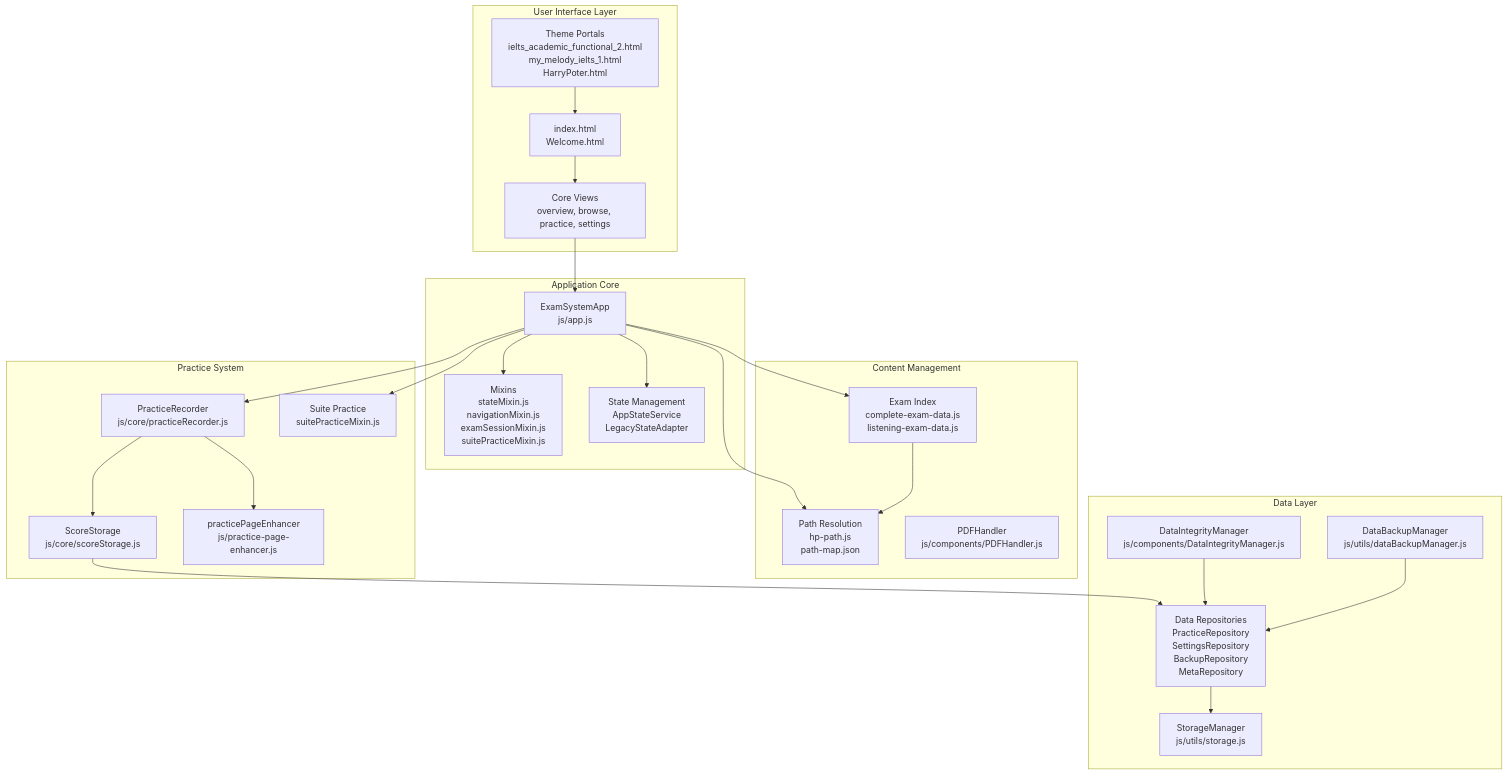
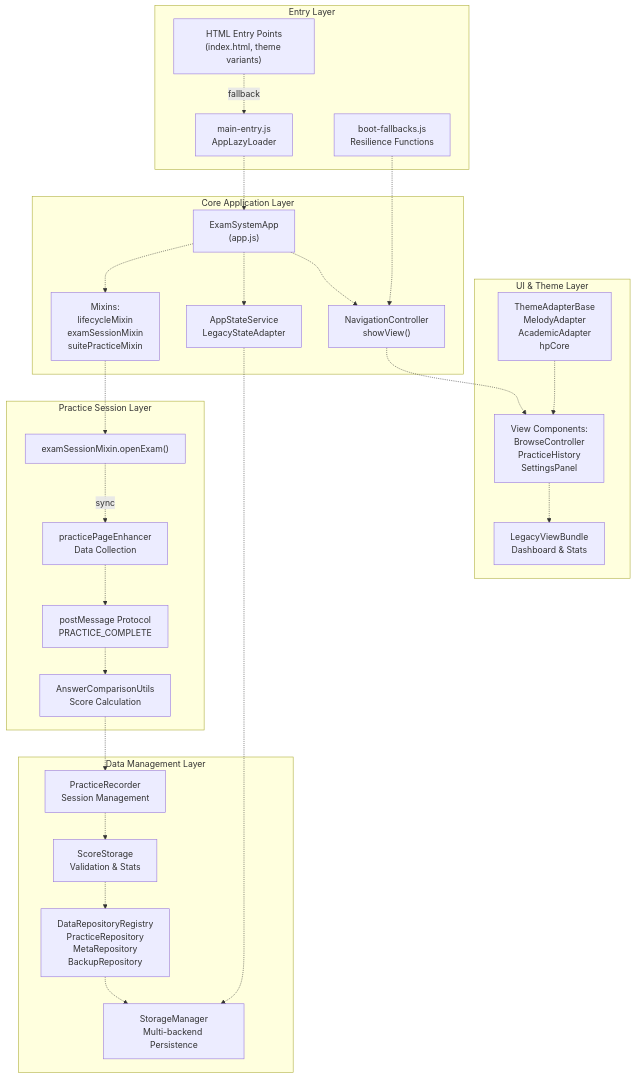
Before and after one commit to sallowayma-git/IELTS-practice: the first of 6 diagrams in developer/doc/Wiki/IELTS-Practice-System-Overview.md, drawn with Mermaid. The commit also changed other lines of this file and 84 other files, not shown here.

````diff
--- a/developer/doc/Wiki/IELTS-Practice-System-Overview.md
+++ b/developer/doc/Wiki/IELTS-Practice-System-Overview.md
@@ -51,70 +56,74 @@
 ```mermaid
 flowchart TD
 
-THEMES["Theme Portals<br>ielts_academic_functional_2.html<br>my_melody_ielts_1.html<br>HarryPoter.html"]
-MAIN["index.html<br>Welcome.html"]
-VIEWS["Core Views<br>overview, browse, practice, settings"]
-ESA["ExamSystemApp<br>js/app.js"]
-MIXINS["Mixins<br>stateMixin.js<br>navigationMixin.js<br>examSessionMixin.js<br>suitePracticeMixin.js"]
-STATE["State Management<br>AppStateService<br>LegacyStateAdapter"]
-RECORDER["PracticeRecorder<br>js/core/practiceRecorder.js"]
-SCORER["ScoreStorage<br>js/core/scoreStorage.js"]
-ENHANCER["practicePageEnhancer<br>js/practice-page-enhancer.js"]
-SUITE["Suite Practice<br>suitePracticeMixin.js"]
-REPOS["Data Repositories<br>PracticeRepository<br>SettingsRepository<br>BackupRepository<br>MetaRepository"]
-STORAGE["StorageManager<br>js/utils/storage.js"]
-INTEGRITY["DataIntegrityManager<br>js/components/DataIntegrityManager.js"]
-BACKUP["DataBackupManager<br>js/utils/dataBackupManager.js"]
-EXAMINDEX["Exam Index<br>complete-exam-data.js<br>listening-exam-data.js"]
-PATHSYS["Path Resolution<br>hp-path.js<br>path-map.json"]
-PDFH["PDFHandler<br>js/components/PDFHandler.js"]
+HTML["HTML Entry Points<br>(index.html, theme variants)"]
+MainEntry["main-entry.js<br>AppLazyLoader"]
+BootFallback["boot-fallbacks.js<br>Resilience Functions"]
+App["ExamSystemApp<br>(app.js)"]
+Mixins["Mixins:<br>lifecycleMixin<br>examSessionMixin<br>suitePracticeMixin"]
+StateService["AppStateService<br>LegacyStateAdapter"]
+Navigation["NavigationController<br>showView()"]
+PracticeRecorder["PracticeRecorder<br>Session Management"]
+ScoreStorage["ScoreStorage<br>Validation & Stats"]
+StorageManager["StorageManager<br>Multi-backend Persistence"]
+Repositories["DataRepositoryRegistry<br>PracticeRepository<br>MetaRepository<br>BackupRepository"]
+ExamSession["examSessionMixin.openExam()"]
+Enhancer["practicePageEnhancer<br>Data Collection"]
+PostMessage["postMessage Protocol<br>PRACTICE_COMPLETE"]
+AnswerComp["AnswerComparisonUtils<br>Score Calculation"]
+Themes["ThemeAdapterBase<br>MelodyAdapter<br>AcademicAdapter<br>hpCore"]
+Views["View Components:<br>BrowseController<br>PracticeHistory<br>SettingsPanel"]
+LegacyBundle["LegacyViewBundle<br>Dashboard & Stats"]
 
-VIEWS --> ESA
-ESA --> RECORDER
-ESA --> SUITE
-SCORER --> REPOS
-ESA --> EXAMINDEX
-ESA --> PATHSYS
+MainEntry -.-> App
+BootFallback -.-> Navigation
+Mixins -.-> ExamSession
+AnswerComp -.-> PracticeRecorder
+Navigation -.-> Views
+StateService -.-> StorageManager
 
-subgraph CONTENT ["Content Management"]
-    EXAMINDEX
-    PATHSYS
-    PDFH
-    EXAMINDEX --> PATHSYS
+subgraph UI ["UI & Theme Layer"]
+    Themes
+    Views
+    LegacyBundle
+    Themes -.-> Views
+    Views -.-> LegacyBundle
 end
 
-subgraph DATA ["Data Layer"]
-    REPOS
-    STORAGE
-    INTEGRITY
-    BACKUP
-    REPOS --> STORAGE
-    INTEGRITY --> REPOS
-    BACKUP --> REPOS
+subgraph Session ["Practice Session Layer"]
+    ExamSession
+    Enhancer
+    PostMessage
+    AnswerComp
+    ExamSession -.->|"sync"| Enhancer
+    Enhancer -.-> PostMessage
+    PostMessage -.-> AnswerComp
 end
 
-subgraph PRACTICE ["Practice System"]
-    RECORDER
-    SCORER
-    ENHANCER
-    SUITE
-    RECORDER --> SCORER
-    RECORDER --> ENHANCER
+subgraph Data ["Data Management Layer"]
+    PracticeRecorder
+    ScoreStorage
+    StorageManager
+    Repositories
+    PracticeRecorder -.-> ScoreStorage
+    ScoreStorage -.-> Repositories
+    Repositories -.-> StorageManager
 end
 
-subgraph APP ["Application Core"]
-    ESA
-    MIXINS
-    STATE
-    ESA --> MIXINS
-    ESA --> STATE
+subgraph Core ["Core Application Layer"]
+    App
+    Mixins
+    StateService
+    Navigation
+    App -.-> Mixins
+    App -.-> StateService
+    App -.-> Navigation
 end
 
-subgraph UI ["User Interface Layer"]
-    THEMES
-    MAIN
-    VIEWS
-    THEMES --> MAIN
-    MAIN --> VIEWS
+subgraph Entry ["Entry Layer"]
+    HTML
+    MainEntry
+    BootFallback
+    HTML -.->|"fallback"| MainEntry
 end
 ```
````
